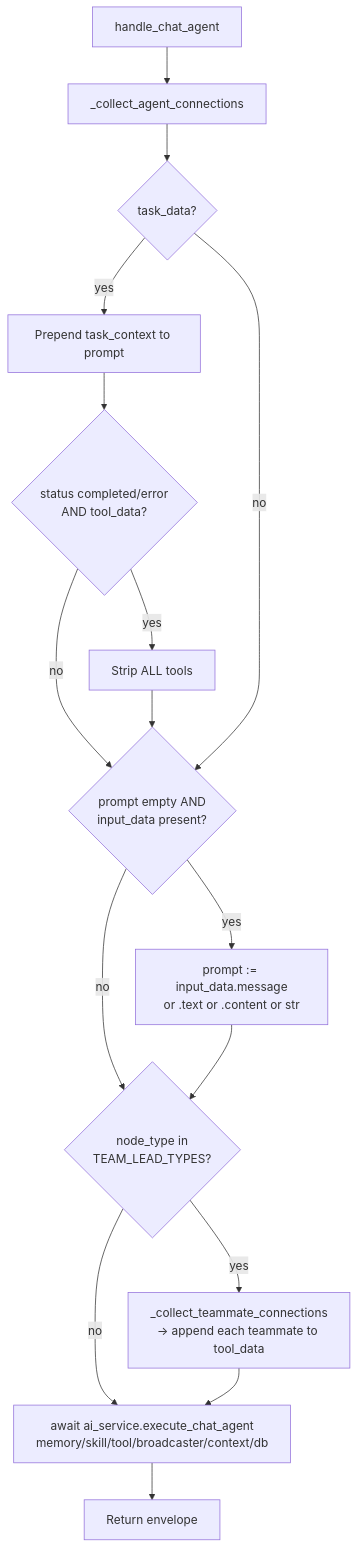
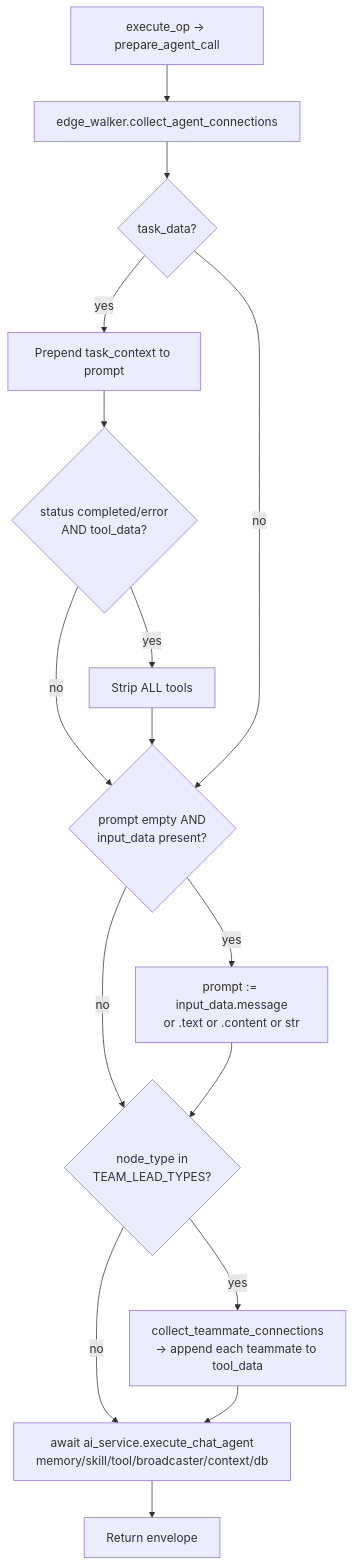
The diagram in docs-internal/node-logic-flows/ai_agents/chatAgent.md (zeenie-ai/OpenCompany), drawn with Mermaid before and after one commit. The commit also changed other lines of this file and 132 other files, not shown here.

````diff
--- a/docs-internal/node-logic-flows/ai_agents/chatAgent.md
+++ b/docs-internal/node-logic-flows/ai_agents/chatAgent.md
@@ -54,18 +58,18 @@
 ```mermaid
 flowchart TD
-  A[handle_chat_agent] --> B[_collect_agent_connections]
+  A[execute_op -> prepare_agent_call] --> B[edge_walker.collect_agent_connections]
   B --> C{task_data?}
   C -- yes --> D[Prepend task_context to prompt]
   D --> E{status completed/error<br/>AND tool_data?}
   E -- yes --> F[Strip ALL tools]
   E -- no --> G
   F --> G
   C -- no --> G{prompt empty AND<br/>input_data present?}
   G -- yes --> H[prompt := input_data.message<br/>or .text or .content or str]
   G -- no --> I
   H --> I{node_type in<br/>TEAM_LEAD_TYPES?}
-  I -- yes --> J[_collect_teammate_connections<br/>-> append each teammate to tool_data]
+  I -- yes --> J[collect_teammate_connections<br/>-> append each teammate to tool_data]
   I -- no --> K
   J --> K[await ai_service.execute_chat_agent<br/>memory/skill/tool/broadcaster/context/db]
   K --> L[Return envelope]
 ```
````
